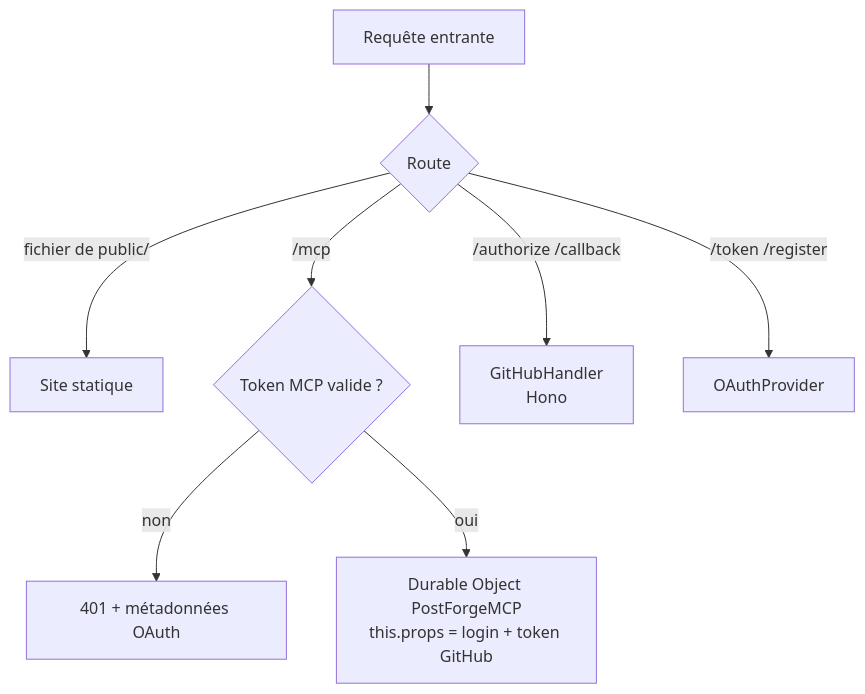
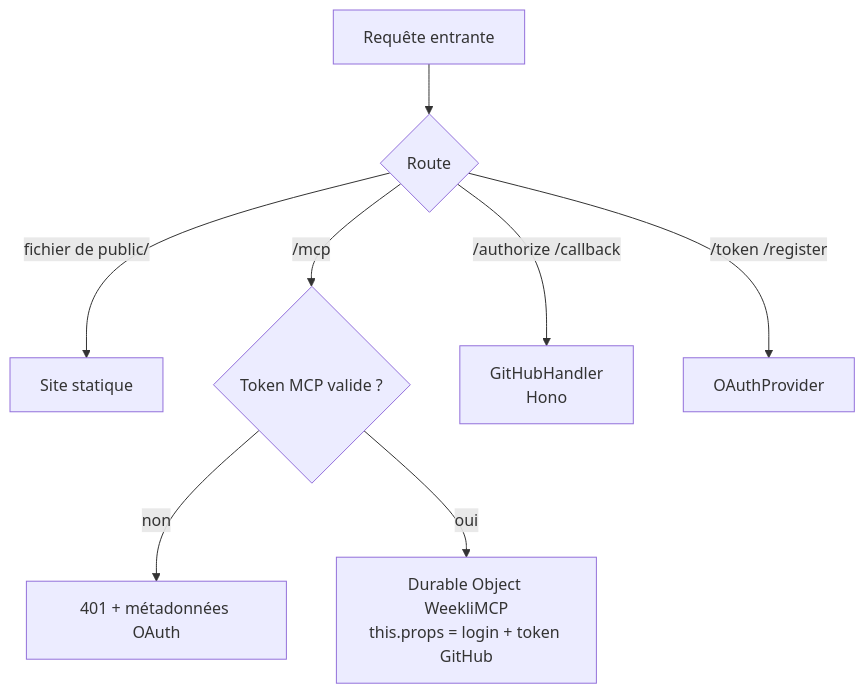
One commit to Souf-F/weekli changed the first of 3 diagrams in docs/architecture.md. Above: the diagram before and after it, drawn with Mermaid. The commit also changed other lines of this file and 11 other files, not shown here.

````diff
--- a/docs/architecture.md
+++ b/docs/architecture.md
@@ -11,10 +11,10 @@
 ```mermaid
 flowchart TB
     R[Requête entrante] --> A{Route}
     A -- fichier de public/ --> S[Site statique]
     A -- /mcp --> T{Token MCP valide ?}
     T -- non --> E[401 + métadonnées OAuth]
-    T -- oui --> D[Durable Object PostForgeMCP<br/>this.props = login + token GitHub]
+    T -- oui --> D[Durable Object WeekliMCP<br/>this.props = login + token GitHub]
     A -- /authorize /callback --> H[GitHubHandler<br/>Hono]
     A -- /token /register --> P[OAuthProvider]
 ```
````
